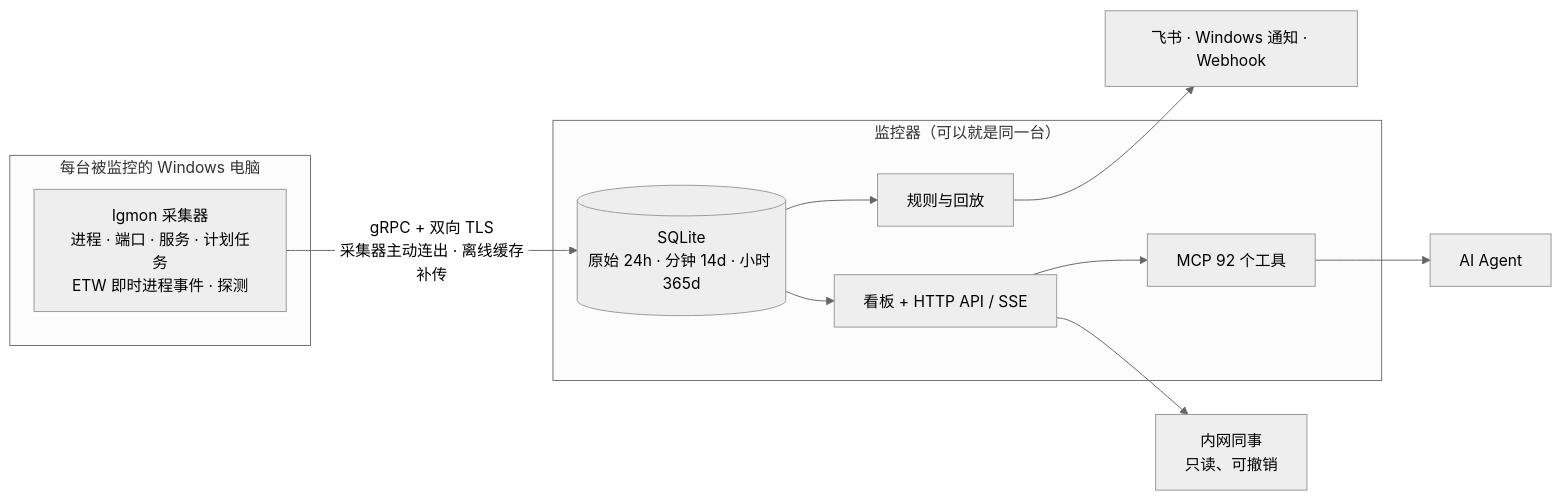
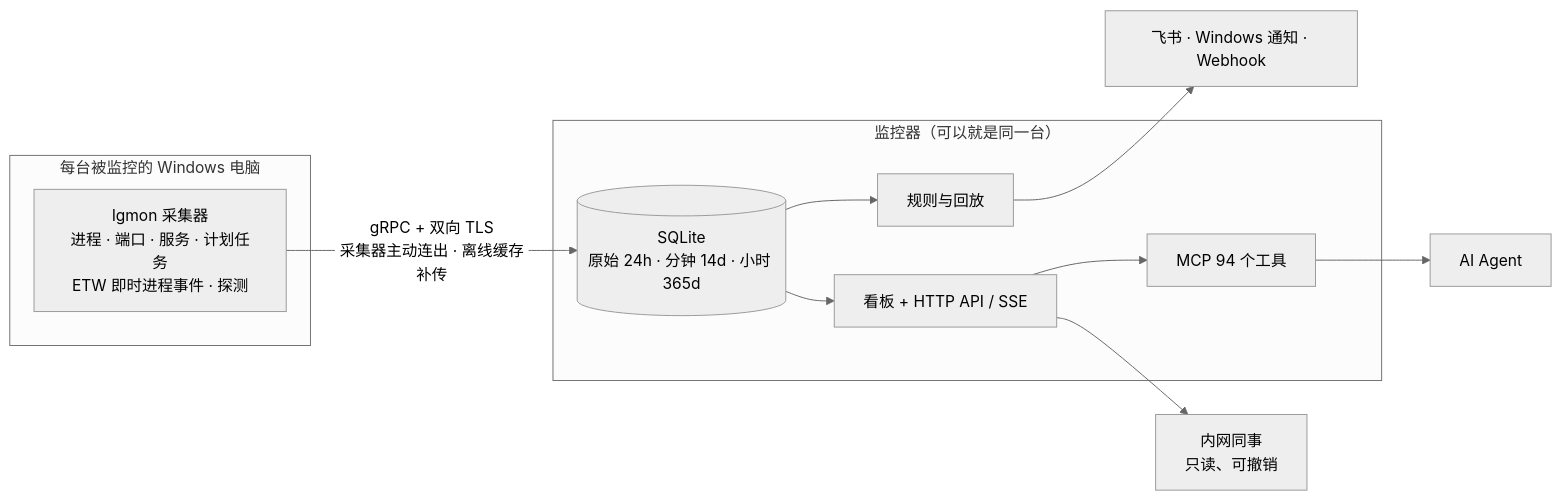
One commit to LFenX/lg-monitor changed the diagram in README.md. Above: the diagram before and after it, drawn with Mermaid (neutral theme). The commit also changed other lines of this file and 32 other files, not shown here.

````diff
--- a/README.md
+++ b/README.md
@@ -135,17 +135,17 @@
 ```mermaid
 flowchart LR
   subgraph PC[每台被监控的 Windows 电脑]
     C[lgmon 采集器<br/>进程 · 端口 · 服务 · 计划任务<br/>ETW 即时进程事件 · 探测]
   end
   subgraph M[监控器（可以就是同一台）]
     S[(SQLite<br/>原始 24h · 分钟 14d · 小时 365d)]
     R[规则与回放]
     W[看板 + HTTP API / SSE]
-    P[MCP 92 个工具]
+    P[MCP 94 个工具]
   end
   C -- gRPC + 双向 TLS<br/>采集器主动连出 · 离线缓存补传 --> S
   S --> R --> N[飞书 · Windows 通知 · Webhook]
   S --> W
   W --> P --> A[AI Agent]
   W --> L[内网同事<br/>只读、可撤销]
 ```
````
